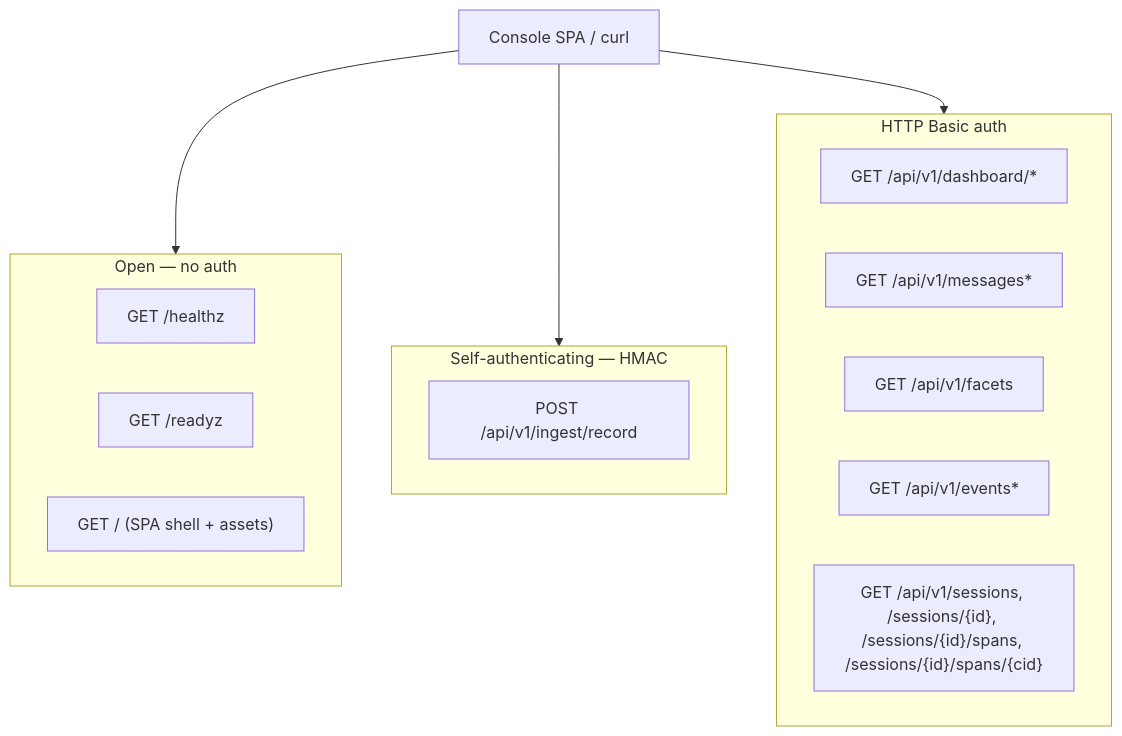
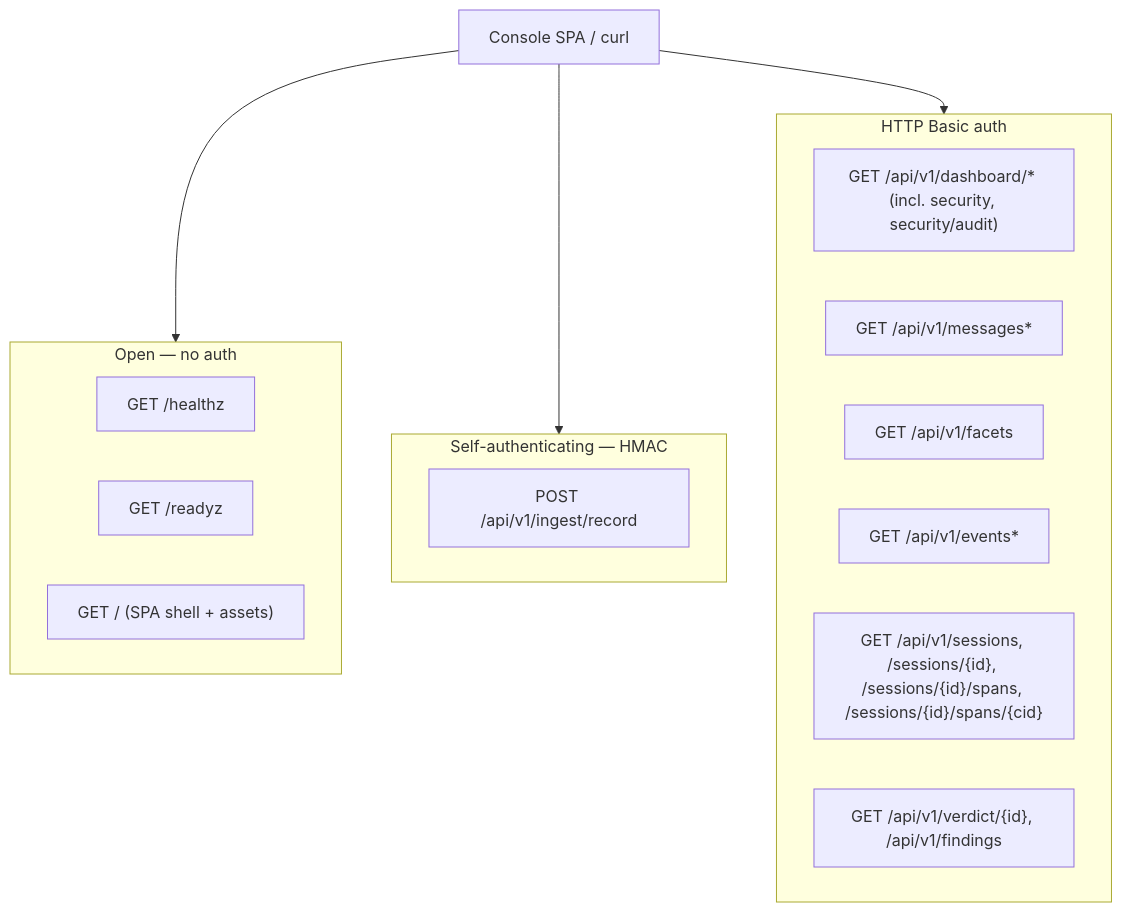
Before and after one commit to andyjmorgan/slipspace-gateway: the diagram in docs/telemetry-service-api.md, drawn with Mermaid. The commit also changed other lines of this file, not shown here.

First line of the commit message:
docs(telemetry/api): document the Arbiter security query surface

````diff
--- a/docs/telemetry-service-api.md
+++ b/docs/telemetry-service-api.md
@@ -23,22 +23,23 @@
 ```mermaid
 flowchart TD
   client[Console SPA / curl]
   subgraph open[Open — no auth]
     health["GET /healthz"]
     ready["GET /readyz"]
     spa["GET / (SPA shell + assets)"]
   end
   subgraph hmac[Self-authenticating — HMAC]
     ingest["POST /api/v1/ingest/record"]
   end
   subgraph gated[HTTP Basic auth]
-    dash["GET /api/v1/dashboard/*"]
+    dash["GET /api/v1/dashboard/* (incl. security, security/audit)"]
     msgs["GET /api/v1/messages*"]
     facets["GET /api/v1/facets"]
     events["GET /api/v1/events*"]
     sessions["GET /api/v1/sessions, /sessions/{id}, /sessions/{id}/spans, /sessions/{id}/spans/{cid}"]
+    security["GET /api/v1/verdict/{id}, /api/v1/findings"]
   end
   client --> open
   client --> hmac
   client --> gated
 ```
````
